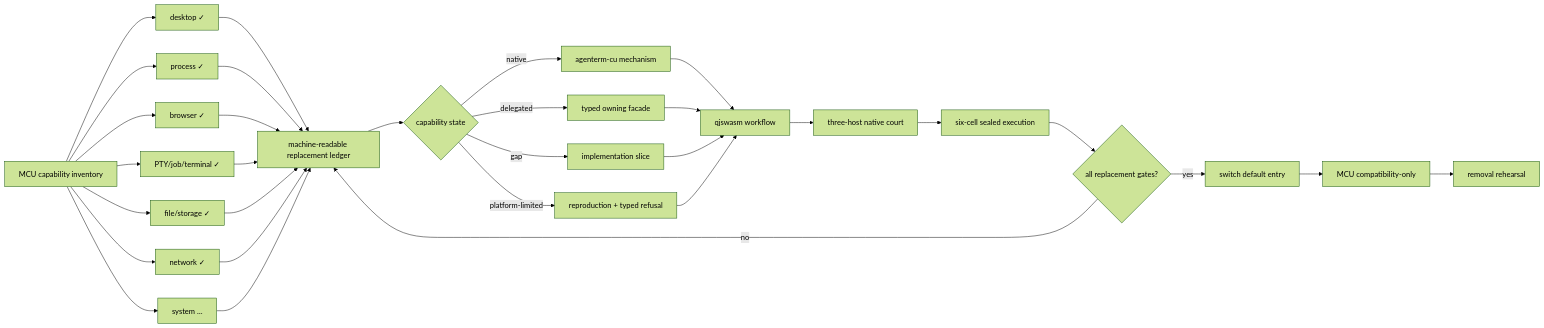
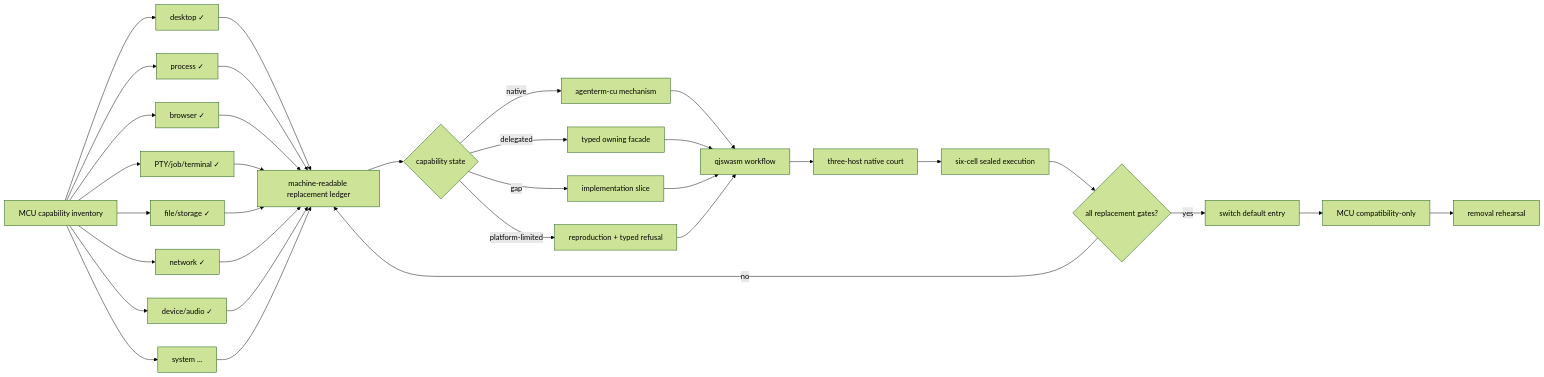
Before and after one commit to partnernetsoftware/agenterm: the diagram in plan/goal-acu-replaces-mcu.md, drawn with Mermaid (forest theme). The commit also changed other lines of this file and 2 other files, not shown here.

Commit message:
plan(cu): classify device audio surface

````diff
--- a/plan/goal-acu-replaces-mcu.md
+++ b/plan/goal-acu-replaces-mcu.md
@@ -61,22 +61,22 @@
 ```mermaid
 flowchart LR
   M["MCU capability inventory"]
-  M --> DESK["desktop ✓"] & PROC["process ✓"] & BROW["browser ✓"] & PTY["PTY/job/terminal ✓"] & FILE["file/storage ✓"] & NET["network ✓"] & REST["system …"]
-  DESK & PROC & BROW & PTY & FILE & NET & REST --> L["machine-readable replacement ledger"]
+  M --> DESK["desktop ✓"] & PROC["process ✓"] & BROW["browser ✓"] & PTY["PTY/job/terminal ✓"] & FILE["file/storage ✓"] & NET["network ✓"] & DEV["device/audio ✓"] & REST["system …"]
+  DESK & PROC & BROW & PTY & FILE & NET & DEV & REST --> L["machine-readable replacement ledger"]
   L --> C{"capability state"}
   C -->|native| CU["agenterm-cu mechanism"]
   C -->|delegated| F["typed owning facade"]
   C -->|gap| I["implementation slice"]
   C -->|platform-limited| P["reproduction + typed refusal"]
   CU --> Q["qjswasm workflow"]
   F --> Q
   I --> Q
   P --> Q
   Q --> H["three-host native court"]
   H --> S["six-cell sealed execution"]
   S --> D{"all replacement gates?"}
   D -->|no| L
   D -->|yes| R["switch default entry"]
   R --> X["MCU compatibility-only"]
   X --> Z["removal rehearsal"]
 ```
````
